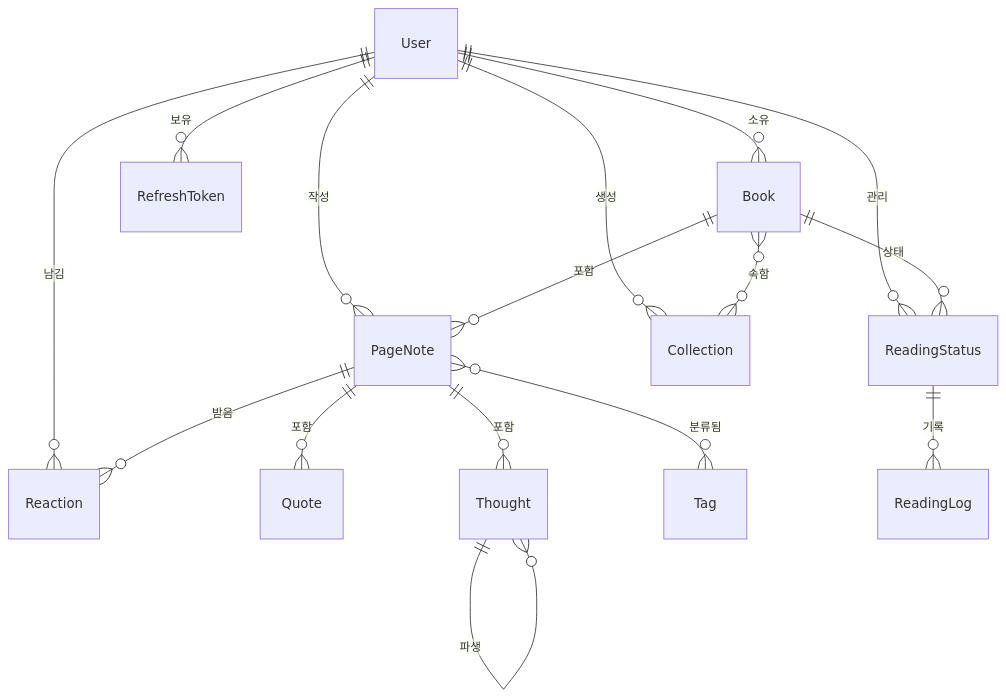
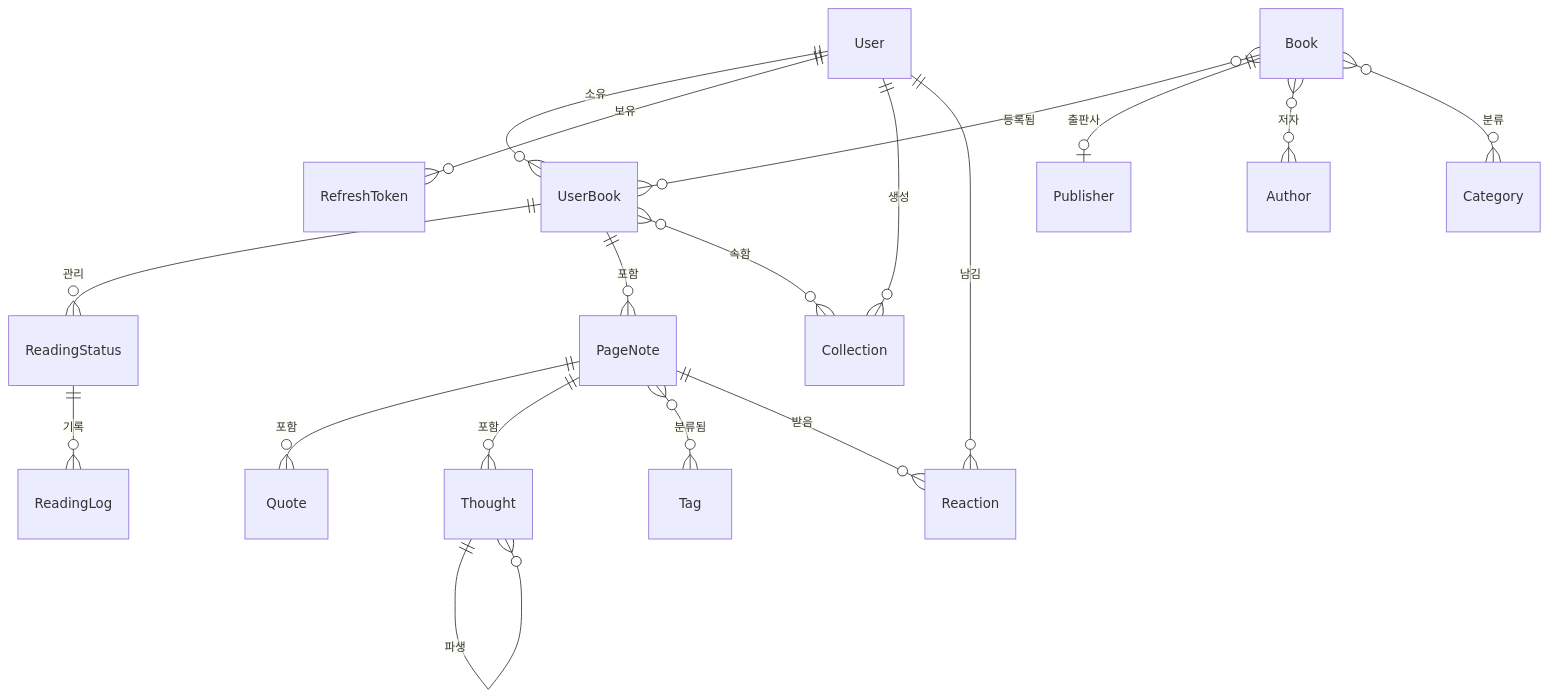
One commit to heozeop/book-note changed the fifth of 11 diagrams in docs/prd.md. Above: the diagram before and after it, drawn with Mermaid. The commit also changed other lines of this file, not shown here.

Commit message:
feat(docs): update PRD with Naver Books API integration details, enhance book registration user stories, and refine entity relationships in the database schema

````diff
--- a/docs/prd.md
+++ b/docs/prd.md
@@ -428,22 +429,25 @@
 ```mermaid
 erDiagram
-    User ||--o{ Book : "소유"
-    User ||--o{ ReadingStatus : "관리"
-    User ||--o{ PageNote : "작성"
+    User ||--o{ UserBook : "소유"
+    Book }o--o{ UserBook : "등록됨"
+    UserBook ||--o{ ReadingStatus : "관리"
+    UserBook ||--o{ PageNote : "포함"
+    UserBook }o--o{ Collection : "속함"
+    
+    User ||--o{ RefreshToken : "보유"
     User ||--o{ Collection : "생성"
     User ||--o{ Reaction : "남김"
-    User ||--o{ RefreshToken : "보유"
     
-    Book ||--o{ ReadingStatus : "상태"
-    Book ||--o{ PageNote : "포함"
-    Book }o--o{ Collection : "속함"
+    Book ||--o| Publisher : "출판사"
+    Book }o--o{ Author : "저자"
+    Book }o--o{ Category : "분류"
     
     PageNote ||--o{ Quote : "포함"
     PageNote ||--o{ Thought : "포함"
     PageNote }o--o{ Tag : "분류됨"
     PageNote ||--o{ Reaction : "받음"
     
     Thought ||--o{ Thought : "파생"
     
     ReadingStatus ||--o{ ReadingLog : "기록"
 ```
````
